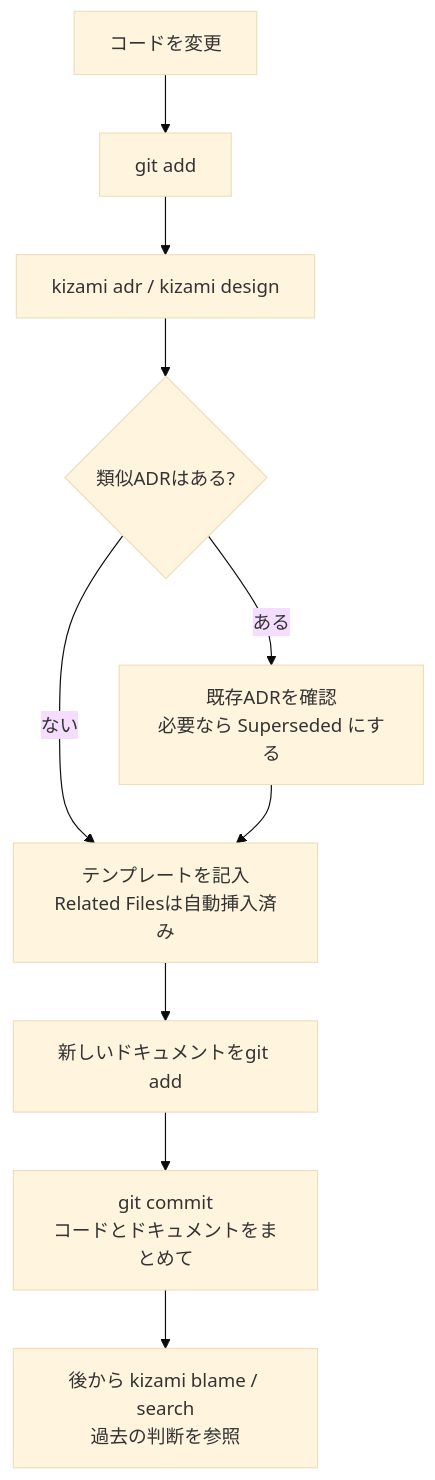
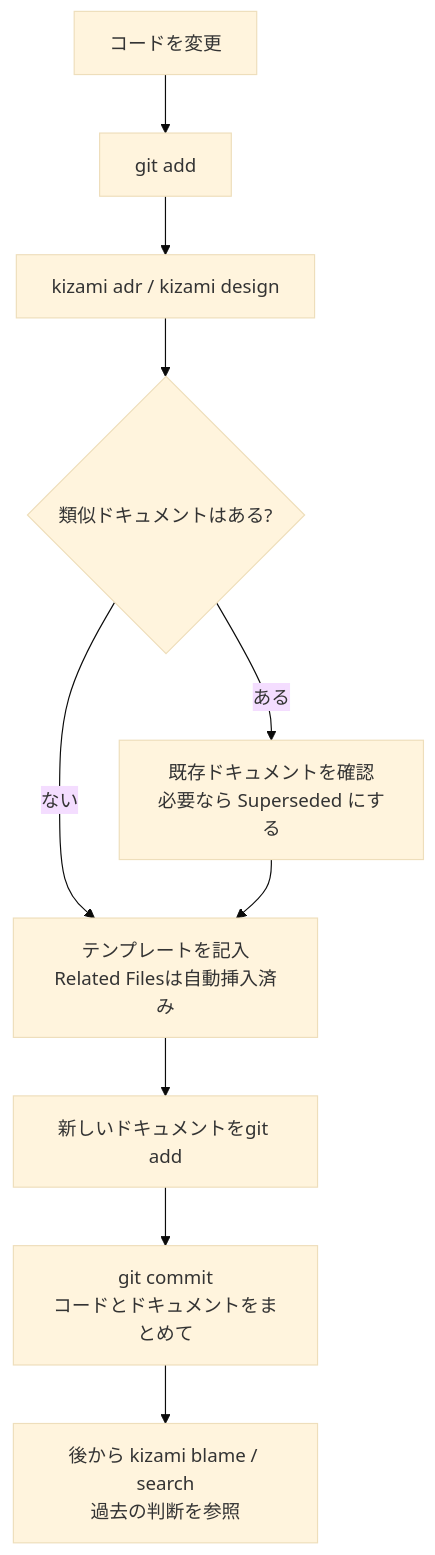
One commit to mskasa/declog changed the diagram in docs/site/ja/workflow.md. Above: the diagram before and after it, drawn with Mermaid (base theme). The commit also changed other lines of this file and 12 other files, not shown here.

````diff
--- a/docs/site/ja/workflow.md
+++ b/docs/site/ja/workflow.md
@@ -20,12 +20,12 @@
 ```mermaid
 flowchart TD
     A[コードを変更] --> B[git add]
     B --> C[kizami adr / kizami design]
-    C --> D{類似ADRはある?}
-    D -- ある --> E[既存ADRを確認\n必要なら Superseded にする]
+    C --> D{類似ドキュメントはある?}
+    D -- ある --> E[既存ドキュメントを確認\n必要なら Superseded にする]
     D -- ない --> F[テンプレートを記入\nRelated Filesは自動挿入済み]
     E --> F
     F --> G[新しいドキュメントをgit add]
     G --> H[git commit\nコードとドキュメントをまとめて]
     H --> I[後から kizami blame / search\n過去の判断を参照]
 ```
````
